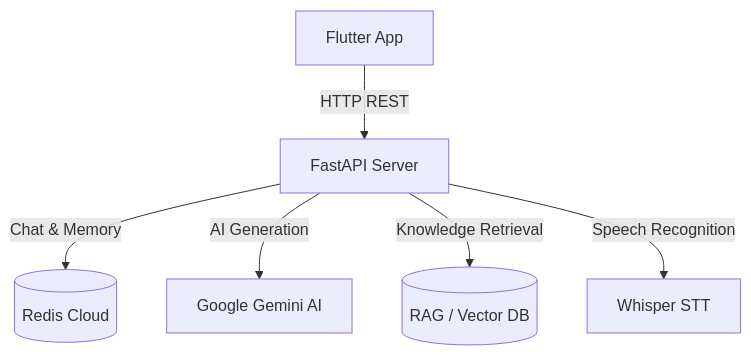
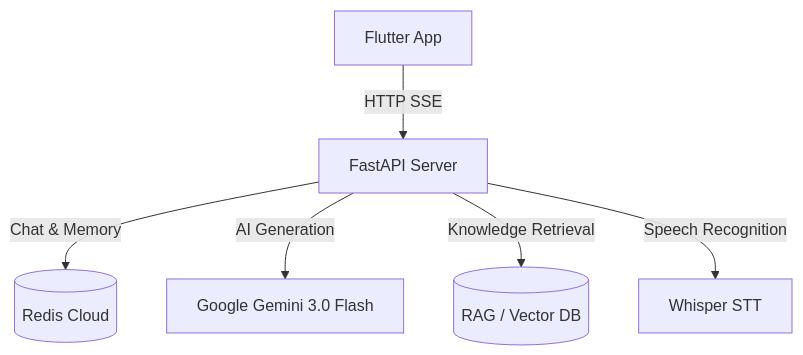
One commit to Flamme-VRM/FullStack_Platform changed the diagram in README.md. Above: the diagram before and after it, drawn with Mermaid. The commit also changed other lines of this file and 10 other files, not shown here.

````diff
--- a/README.md
+++ b/README.md
@@ -19,8 +19,8 @@
 ```mermaid
 graph TD
-    A[Flutter App] -->|HTTP REST| B[FastAPI Server]
+    A[Flutter App] -->|HTTP SSE| B[FastAPI Server]
     B -->|Chat & Memory| C[(Redis Cloud)]
-    B -->|AI Generation| D[Google Gemini AI]
+    B -->|AI Generation| D[Google Gemini 3.0 Flash]
     B -->|Knowledge Retrieval| E[(RAG / Vector DB)]
     B -->|Speech Recognition| F[Whisper STT]
 ```
````
